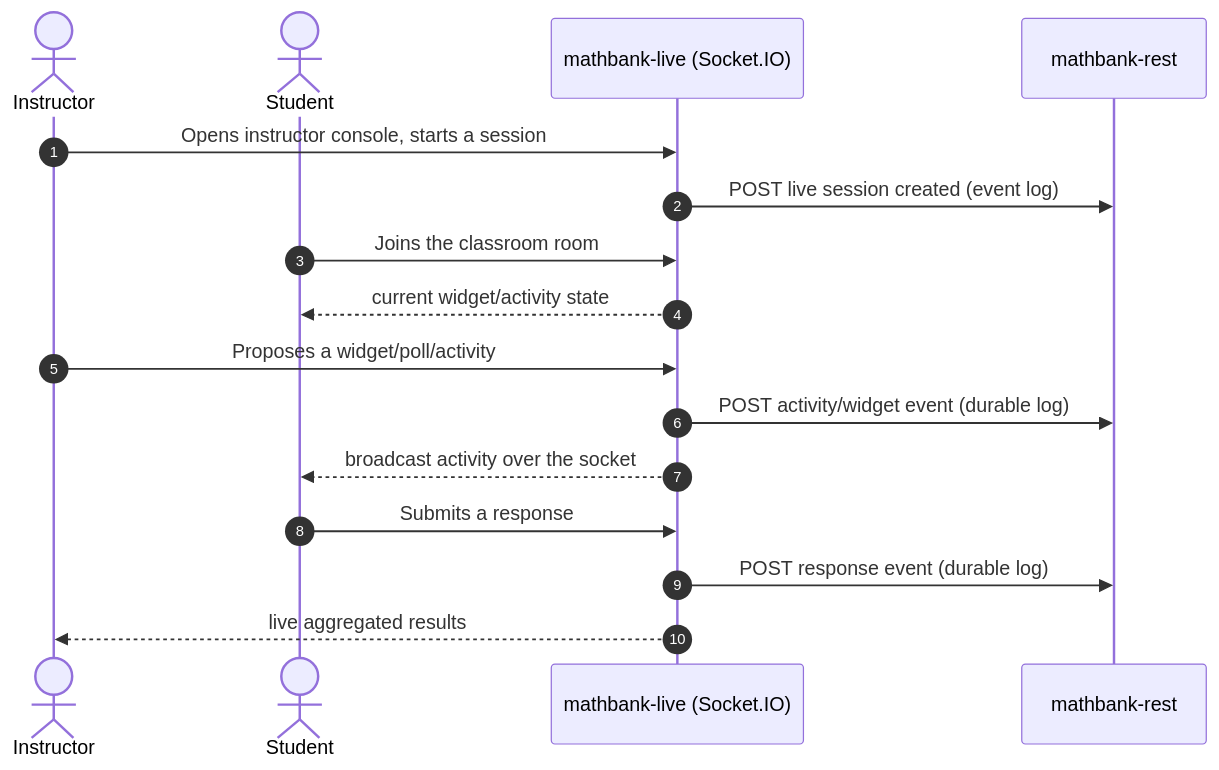
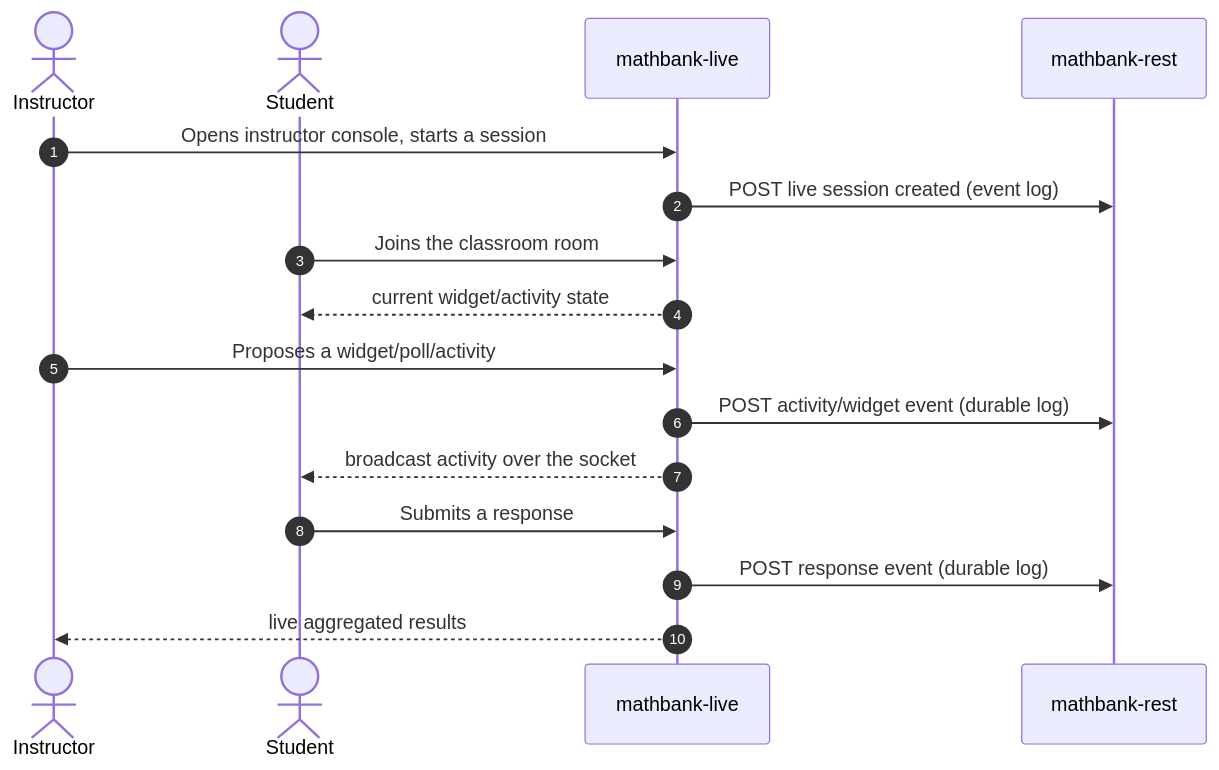
One commit to sutanuchaudhuri/knowledge-bank-ingestion changed the seventh of 11 diagrams in README.md. Above: the diagram before and after it, drawn with Mermaid. The commit also changed other lines of this file, not shown here.

````diff
--- a/README.md
+++ b/README.md
@@ -349,19 +349,19 @@
 ```mermaid
 sequenceDiagram
     autonumber
     actor T as Instructor
     actor S as Student
-    participant L as mathbank-live (Socket.IO)
+    participant L as mathbank-live
     participant R as mathbank-rest
 
     T->>L: Opens instructor console, starts a session
     L->>R: POST live session created (event log)
     S->>L: Joins the classroom room
     L-->>S: current widget/activity state
     T->>L: Proposes a widget/poll/activity
     L->>R: POST activity/widget event (durable log)
     L-->>S: broadcast activity over the socket
     S->>L: Submits a response
     L->>R: POST response event (durable log)
     L-->>T: live aggregated results
 ```
````
